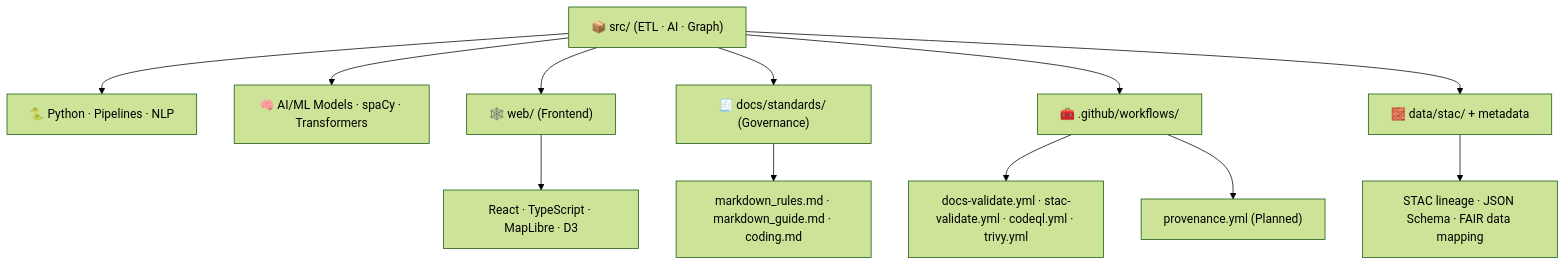
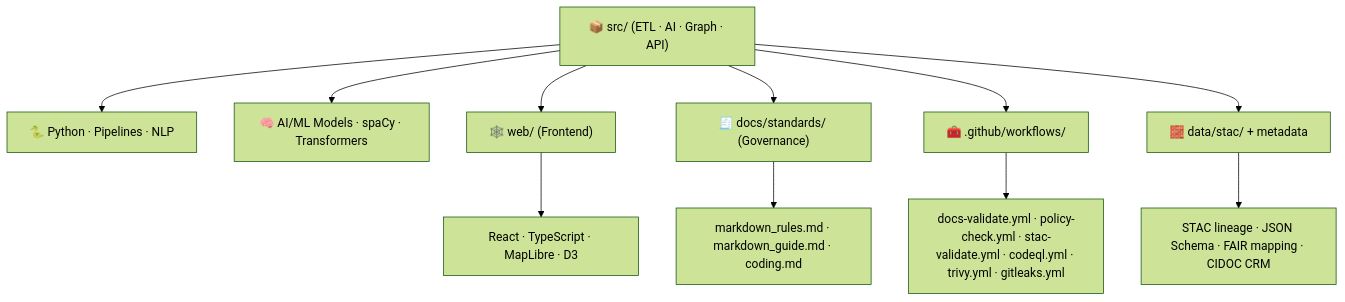
Before and after one commit to bartytime4life/Kansas-Frontier-Matrix: the diagram in docs/standards/coding.md, drawn with Mermaid (forest theme). The commit also changed other lines of this file, not shown here.

````diff
--- a/docs/standards/coding.md
+++ b/docs/standards/coding.md
@@ -71,14 +77,14 @@
 ```mermaid
 flowchart TD
-  A["📦 src/ (ETL · AI · Graph)"] --> B["🐍 Python · Pipelines · NLP"]
+  A["📦 src/ (ETL · AI · Graph · API)"] --> B["🐍 Python · Pipelines · NLP"]
   A --> C["🧠 AI/ML Models · spaCy · Transformers"]
   A --> D["🕸️ web/ (Frontend)"]
   D --> E["React · TypeScript · MapLibre · D3"]
   A --> F["🧾 docs/standards/ (Governance)"]
   F --> G["markdown_rules.md · markdown_guide.md · coding.md"]
   A --> H["🧰 .github/workflows/"]
-  H --> I["docs-validate.yml · stac-validate.yml · codeql.yml · trivy.yml"]
-  H --> J["provenance.yml (Planned)"]
+  H --> I["docs-validate.yml · policy-check.yml · stac-validate.yml · codeql.yml · trivy.yml · gitleaks.yml"]
   A --> K["🧱 data/stac/ + metadata"]
-  K --> L["STAC lineage · JSON Schema · FAIR data mapping"]
+  K --> L["STAC lineage · JSON Schema · FAIR mapping · CIDOC CRM"]
+%% END OF MERMAID
 ```
````
